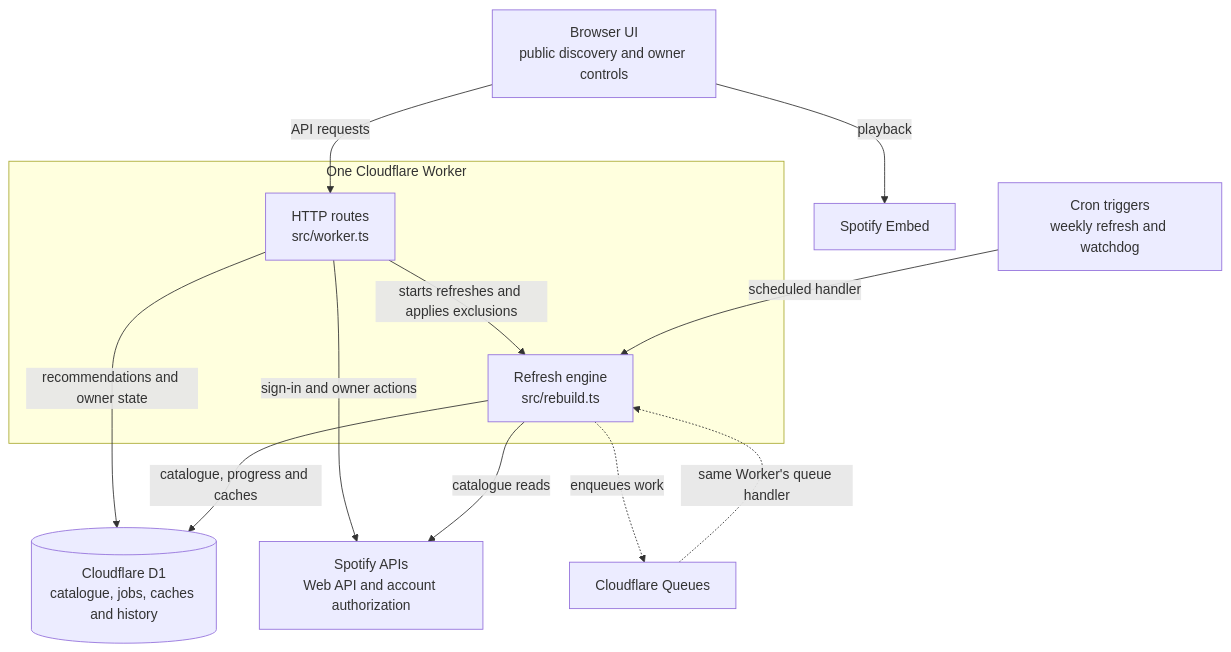
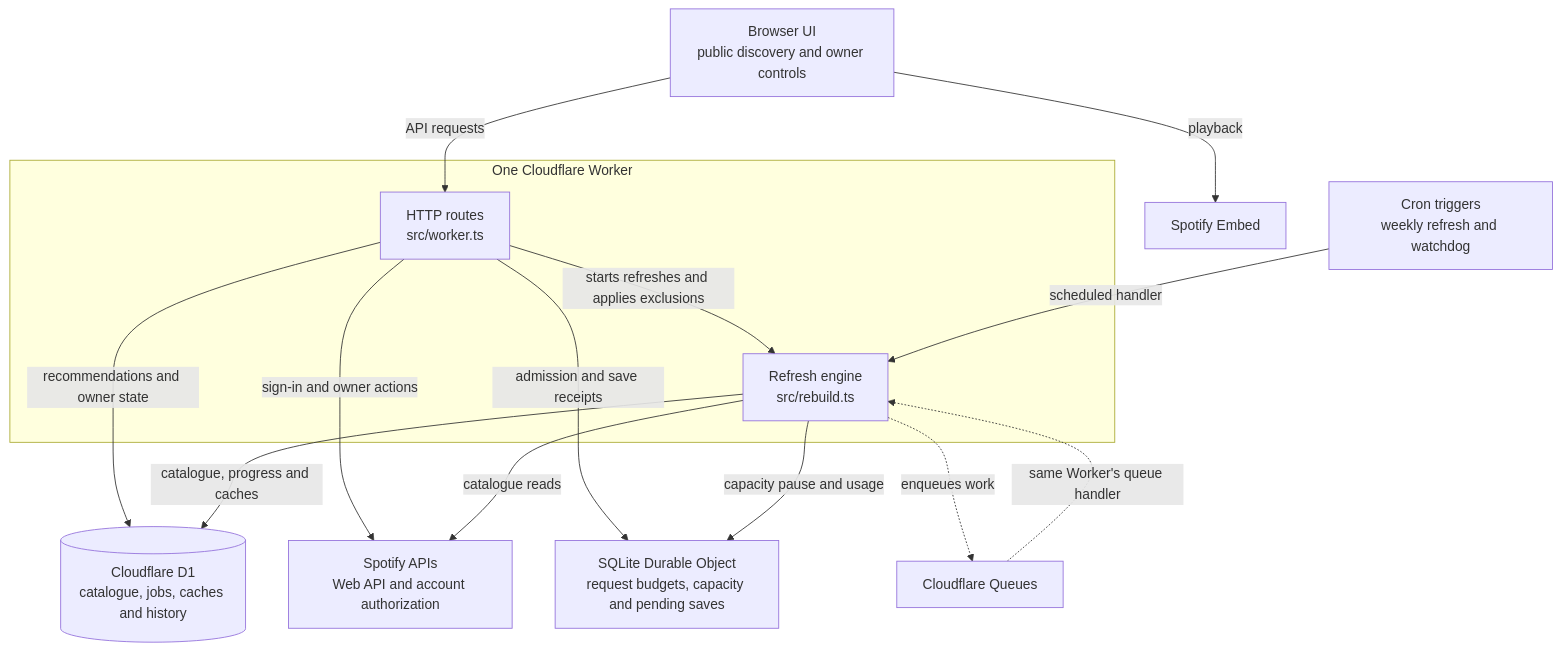
One commit to AlexandrosMaragkakis/ferto changed the diagram in README.md. Above: the diagram before and after it, drawn with Mermaid. The commit also changed other lines of this file and 39 other files, not shown here.

````diff
--- a/README.md
+++ b/README.md
@@ -59,27 +60,30 @@
 ```mermaid
 flowchart TD
   accTitle: FERTO architecture
   accDescr: One Cloudflare Worker serves the browser and runs queued catalogue refreshes and scheduled maintenance, with shared D1 storage and separate Spotify playback.
   ui["Browser UI<br/>public discovery and owner controls"]
   embed["Spotify Embed"]
   spotify["Spotify APIs<br/>Web API and account authorization"]
   db[("Cloudflare D1<br/>catalogue, jobs, caches and history")]
   queue["Cloudflare Queues"]
+  control["SQLite Durable Object<br/>request budgets, capacity and pending saves"]
   cron["Cron triggers<br/>weekly refresh and watchdog"]
 
   subgraph worker["One Cloudflare Worker"]
     http["HTTP routes<br/>src/worker.ts"]
     refresh["Refresh engine<br/>src/rebuild.ts"]
   end
 
   ui -->|API requests| http
   ui -->|playback| embed
   http -->|recommendations and owner state| db
   http -->|sign-in and owner actions| spotify
+  http -->|admission and save receipts| control
   http -->|starts refreshes and applies exclusions| refresh
   cron -->|scheduled handler| refresh
   refresh -->|catalogue reads| spotify
   refresh -->|catalogue, progress and caches| db
+  refresh -->|capacity pause and usage| control
   refresh -.->|enqueues work| queue
   queue -.->|same Worker's queue handler| refresh
 ```
````
